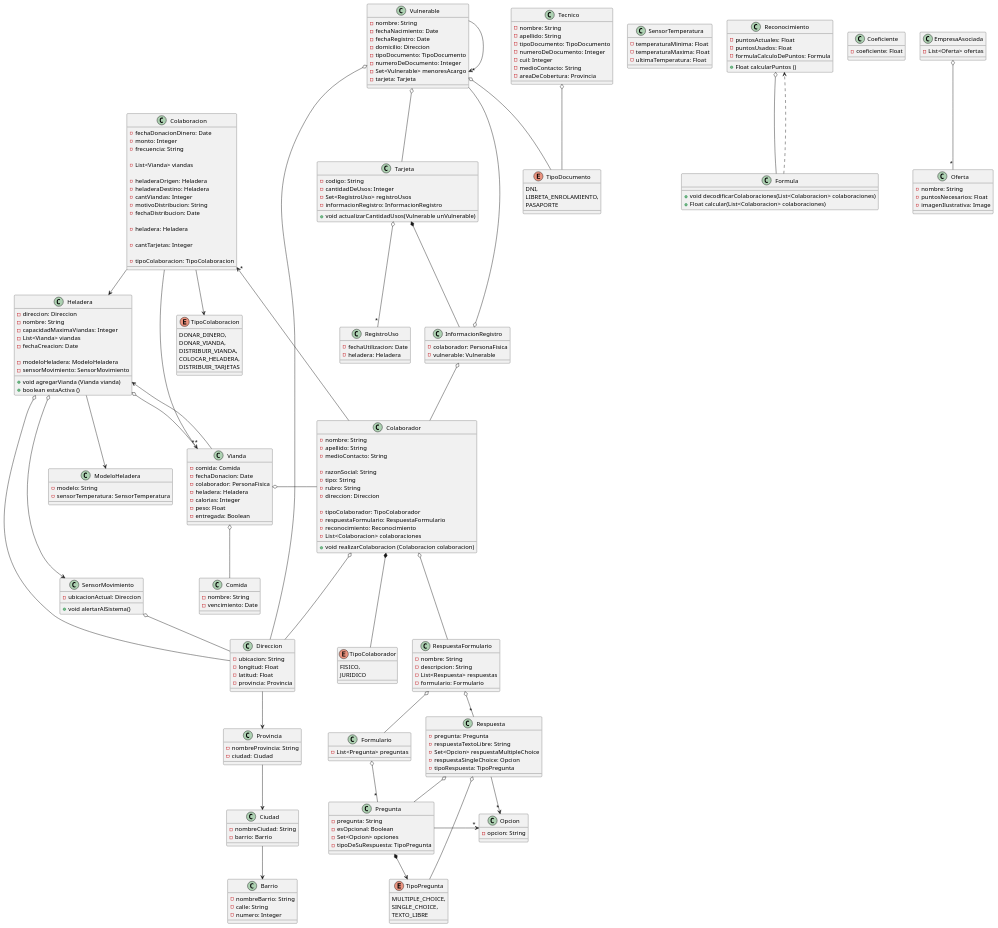
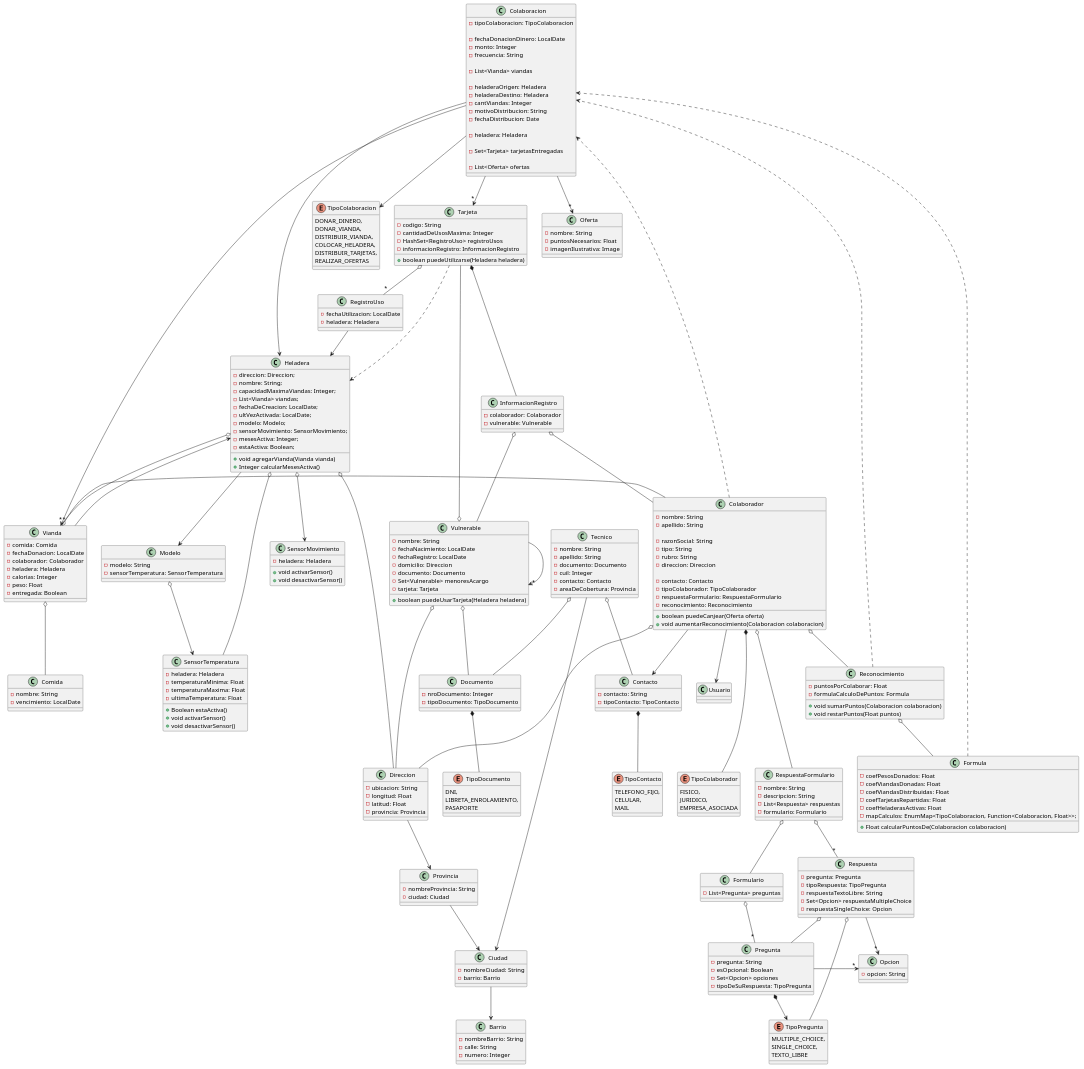
One commit to santymendez/tp-dds-2024 changed the diagram in diagrams/domain/diagrama-clases.puml. Above: the diagram before and after it, drawn with PlantUML. The commit also changed 12 other files, not shown here.

Commit message:
refactor & fix: diagrama de clases

```diff
--- a/diagrams/domain/diagrama-clases.puml
+++ b/diagrams/domain/diagrama-clases.puml
@@ -2,17 +2,19 @@
 '========================================== Clases de la entrega 1 ============================================='
 
 class Heladera {
-    -direccion: Direccion
-    -nombre: String
-    -capacidadMaximaViandas: Integer
-    -List<Vianda> viandas
-    -fechaCreacion: Date
+    -direccion: Direccion;
+    -nombre: String;
+    -capacidadMaximaViandas: Integer;
+    -List<Vianda> viandas;
+    -fechaDeCreacion: LocalDate;
+    -ultVezActivada: LocalDate;
+    -modelo: Modelo;
+    -sensorMovimiento: SensorMovimiento;
+    -mesesActiva: Integer;
+    -estaActiva: Boolean;
 
-    -modeloHeladera: ModeloHeladera
-    -sensorMovimiento: SensorMovimiento
-
-    +void agregarVianda (Vianda vianda)
-    +boolean estaActiva ()
+    +void agregarVianda(Vianda vianda)
+    +Integer calcularMesesActiva()
 }
 
 class Direccion {
@@ -40,8 +42,8 @@
 
 class Vianda {
     -comida: Comida
-    -fechaDonacion: Date
-    -colaborador: PersonaFisica
+    -fechaDonacion: LocalDate
+    -colaborador: Colaborador
     -heladera: Heladera
     -calorias: Integer
     -peso: Float
@@ -50,25 +52,25 @@
 
 class Comida {
     -nombre: String
-    -vencimiento: Date
+    -vencimiento: LocalDate
 }
 
 class Vulnerable {
     -nombre: String
-    -fechaNacimiento: Date
-    -fechaRegistro: Date
+    -fechaNacimiento: LocalDate
+    -fechaRegistro: LocalDate
     -domicilio: Direccion
-    -tipoDocumento: TipoDocumento
-    -numeroDeDocumento: Integer
+    -documento: Documento
     -Set<Vulnerable> menoresAcargo
     -tarjeta: Tarjeta
+
+    +boolean puedeUsarTarjeta(Heladera heladera)
 }
 
 class Colaborador{
     'De Persona Fisica'
     -nombre: String
     -apellido: String
-    -medioContacto: String
 
     'De Persona Juridica'
     -razonSocial: String
@@ -76,17 +78,19 @@
     -rubro: String
     -direccion: Direccion
 
+    -contacto: Contacto
     -tipoColaborador: TipoColaborador
     -respuestaFormulario: RespuestaFormulario
     -reconocimiento: Reconocimiento
-    -List<Colaboracion> colaboraciones
 
-    +void realizarColaboracion (Colaboracion colaboracion)
+    +boolean puedeCanjear(Oferta oferta)
+    +void aumentarReconocimiento(Colaboracion colaboracion)
 }
 
 enum TipoColaborador {
     FISICO,
-    JURIDICO
+    JURIDICO,
+    EMPRESA_ASOCIADA
 }
 
 class Formulario {
@@ -109,10 +113,10 @@
 
 class Respuesta {
     -pregunta: Pregunta
+    -tipoRespuesta: TipoPregunta
     -respuestaTextoLibre: String
     -Set<Opcion> respuestaMultipleChoice
     -respuestaSingleChoice: Opcion
-    -tipoRespuesta: TipoPregunta
 }
 
 class Opcion {
@@ -126,8 +130,10 @@
 }
 
 class Colaboracion {
+    -tipoColaboracion: TipoColaboracion
+
     'DONAR_DINERO'
-    -fechaDonacionDinero: Date
+    -fechaDonacionDinero: LocalDate
     -monto: Integer
     -frecuencia: String
 
@@ -145,9 +151,11 @@
     -heladera: Heladera
 
     'DISTRIBUIR_TARJETAS'
-    -cantTarjetas: Integer
+    -Set<Tarjeta> tarjetasEntregadas
 
-    -tipoColaboracion: TipoColaboracion
+    'REALIZAR_OFERTAS'
+    -List<Oferta> ofertas
+
 }
 
 enum TipoColaboracion {
@@ -155,72 +163,79 @@
     DONAR_VIANDA,
     DISTRIBUIR_VIANDA,
     COLOCAR_HELADERA,
-    DISTRIBUIR_TARJETAS
+    DISTRIBUIR_TARJETAS,
+    REALIZAR_OFERTAS
 }
 
 '========================================== Clases de la entrega 2 ============================================='
 
-class ModeloHeladera {
+class Modelo{
     -modelo: String
     -sensorTemperatura: SensorTemperatura
 }
 
 class SensorTemperatura {
+    -heladera: Heladera
     -temperaturaMinima: Float
     -temperaturaMaxima: Float
     -ultimaTemperatura: Float
+
+    +Boolean estaActiva()
+    +void activarSensor()
+    +void desactivarSensor()
 }
 
 class SensorMovimiento {
-    -ubicacionActual: Direccion
+    -heladera: Heladera
 
-    +void alertarAlSistema()
+    +void activarSensor()
+    +void desactivarSensor()
 }
 
 class Reconocimiento {
-    -puntosActuales: Float
-    -puntosUsados: Float
+    -puntosPorColaborar: Float
     -formulaCalculoDePuntos: Formula
 
-    +Float calcularPuntos ()
+    +void sumarPuntos(Colaboracion colaboracion)
+    +void restarPuntos(Float puntos)
 }
 
-'TODO'
 class Formula {
-    +void decodificarColaboraciones(List<Colaboracion> colaboraciones)
-    +Float calcular(List<Colaboracion> colaboraciones)
-}
+    -coefPesosDonados: Float
+    -coefViandasDonadas: Float
+    -coefViandasDistribuidas: Float
+    -coefTarjetasRepartidas: Float
+    -coefHeladerasActivas: Float
+    -mapCalculos: EnumMap<TipoColaboracion, Function<Colaboracion, Float>>;
 
-class Coeficiente {
-    -coeficiente: Float
+    +Float calcularPuntosDe(Colaboracion colaboracion)
 }
 
 class Tarjeta {
     -codigo: String
-    -cantidadDeUsos: Integer
-    -Set<RegistroUso> registroUsos
+    -cantidadDeUsosMaxima: Integer
+    -HashSet<RegistroUso> registroUsos
     -informacionRegistro: InformacionRegistro
 
-    +void actualizarCantidadUsos(Vulnerable unVulnerable)
+    +boolean puedeUtilizarse(Heladera heladera)
 }
 
 class RegistroUso {
-    -fechaUtilizacion: Date
+    -fechaUtilizacion: LocalDate
     -heladera: Heladera
 }
 
 class InformacionRegistro {
-    -colaborador: PersonaFisica
+    -colaborador: Colaborador
     -vulnerable: Vulnerable
 }
 
 class Tecnico {
     -nombre: String
     -apellido: String
-    -tipoDocumento: TipoDocumento
-    -numeroDeDocumento: Integer
+    -documento: Documento
     -cuil: Integer
-    -medioContacto: String
+    -contacto: Contacto
     -areaDeCobertura: Provincia
 }
 
@@ -230,22 +245,32 @@
     PASAPORTE
 }
 
-class EmpresaAsociada {
-    -List<Oferta> ofertas
-}
-
 class Oferta {
     -nombre: String
     -puntosNecesarios: Float
     -imagenIlustrativa: Image
 }
 
+class Documento {
+    -nroDocumento: Integer
+    -tipoDocumento: TipoDocumento
+}
+
+class Contacto {
+    -contacto: String
+    -tipoContacto: TipoContacto
+}
+
+enum TipoContacto {
+    TELEFONO_FIJO,
+    CELULAR,
+    MAIL
+}
 '================================================== Relaciones ================================================'
 
 Heladera o--"*" Vianda
 Vianda --> Heladera
 Colaboracion --> TipoColaboracion
-Colaborador -->"*" Colaboracion
 Colaboracion --->"*" Vianda
 Colaboracion -> Heladera
 Vulnerable ->"*" Vulnerable
@@ -266,19 +291,32 @@
 Provincia --> Ciudad
 Ciudad --> Barrio
 Vulnerable o-- Direccion
-Vulnerable o-- TipoDocumento
-Tecnico o-- TipoDocumento
+Vulnerable o-- Documento
+Tecnico o-- Documento
 Vulnerable o-- Tarjeta
 Tarjeta o--"*" RegistroUso
 Tarjeta *-- InformacionRegistro
 InformacionRegistro o-- Colaborador
 InformacionRegistro o-- Vulnerable
 Reconocimiento o-- Formula
-Formula ..> Reconocimiento
-SensorMovimiento o-- Direccion
-EmpresaAsociada o--"*" Oferta
-Heladera --> ModeloHeladera
+Formula ..> Colaboracion
+Heladera --> Modelo
 Colaborador *--- TipoColaborador
 Heladera o--> SensorMovimiento
+Colaboracion -->"*" Tarjeta
+Modelo o--> SensorTemperatura
+Tarjeta ..> Heladera
+Heladera o-- SensorTemperatura
+Tecnico o-- Contacto
+Contacto *-- TipoContacto
+Documento *-- TipoDocumento
+Tecnico --> Ciudad
+RegistroUso --> Heladera
+Colaborador o-- Reconocimiento
+Reconocimiento ..> Colaboracion
+Colaborador ..> Colaboracion
+Colaborador --> Contacto
+Colaboracion -->"*" Oferta
+Colaborador --> Usuario
 
 @enduml
```
